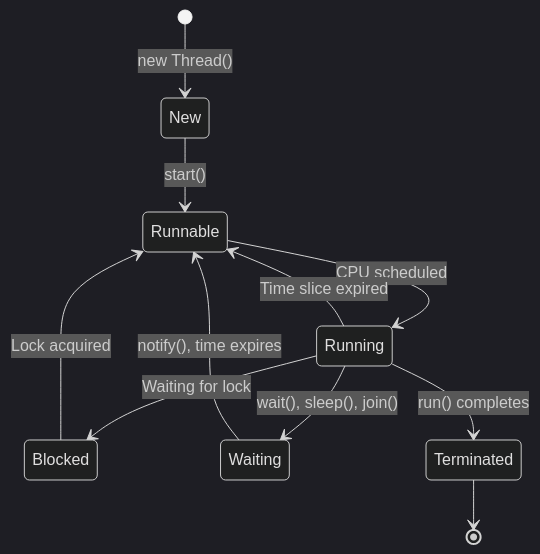
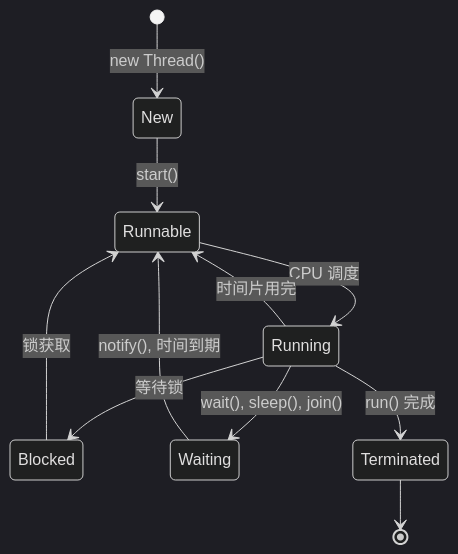
One commit to YiWang24/AiDIY changed the third of 8 diagrams in i18n/zh-Hans/docusaurus-plugin-content-docs/current/engineering/backend/concurrency.md. Above: the diagram before and after it, drawn with Mermaid (dark theme). The commit also changed other lines of this file and 26 other files, not shown here.

````diff
--- a/i18n/zh-Hans/docusaurus-plugin-content-docs/current/engineering/backend/concurrency.md
+++ b/i18n/zh-Hans/docusaurus-plugin-content-docs/current/engineering/backend/concurrency.md
@@ -178,16 +178,16 @@
 ```mermaid
 stateDiagram-v2
     [*] --> New: new Thread()
     New --> Runnable: start()
-    Runnable --> Running: CPU scheduled
+    Runnable --> Running: CPU 调度
 
-    Running --> Runnable: Time slice expired
-    Running --> Blocked: Waiting for lock
+    Running --> Runnable: 时间片用完
+    Running --> Blocked: 等待锁
     Running --> Waiting: wait(), sleep(), join()
-    Running --> Terminated: run() completes
+    Running --> Terminated: run() 完成
 
-    Blocked --> Runnable: Lock acquired
-    Waiting --> Runnable: notify(), time expires
+    Blocked --> Runnable: 锁获取
+    Waiting --> Runnable: notify(), 时间到期
 
     Terminated --> [*]
 ```
````
